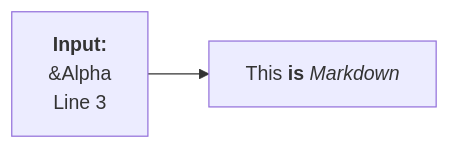
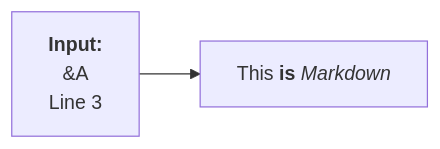
Before and after one commit to bmw-ece-ntust/wilfrid-prach-attack-analysis: the third of 3 diagrams in docs/20250307 Thesis (PRACH Attack Problem Definition).md, drawn with Mermaid.

Commit message:
Update 20250307 Thesis (PRACH Attack Problem Definition).md

````diff
--- a/docs/20250307 Thesis (PRACH Attack Problem Definition).md
+++ b/docs/20250307 Thesis (PRACH Attack Problem Definition).md
@@ -185,8 +185,8 @@
 ```mermaid
 flowchart LR
     markdown["`This **is** _Markdown_`"]
     input["`**Input:**
-    &Alpha
+    &#913;
     Line 3`"]
     input --> markdown
 ```
````
